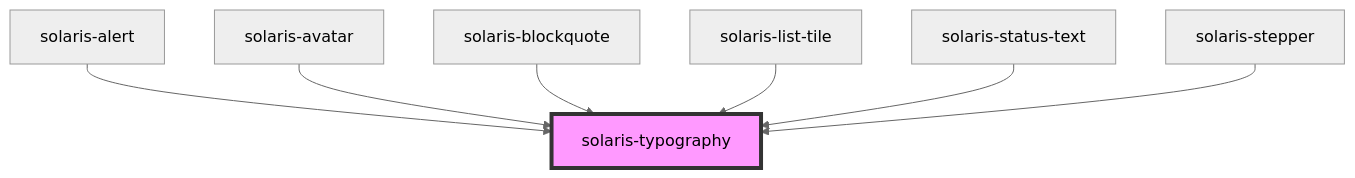
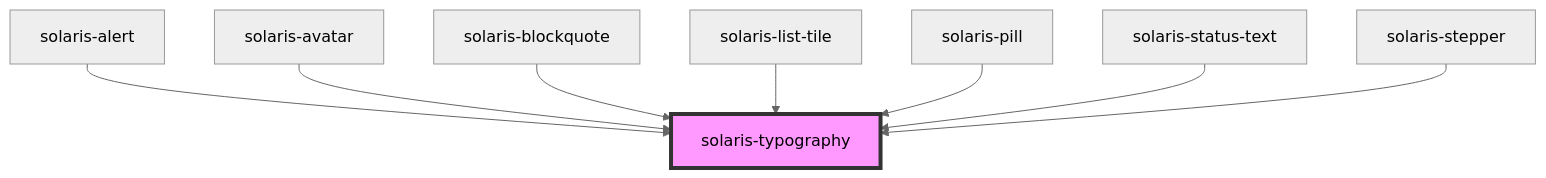
Before and after one commit to Lynxgsm/solaris-design-system: the diagram in packages/solaris-core/src/components/solaris-typography/readme.md, drawn with Mermaid (neutral theme). The commit also changed other lines of this file and 19 other files, not shown here.

````diff
--- a/packages/solaris-core/src/components/solaris-typography/readme.md
+++ b/packages/solaris-core/src/components/solaris-typography/readme.md
@@ -33,10 +35,11 @@
 ```mermaid
 graph TD;
   solaris-alert --> solaris-typography
   solaris-avatar --> solaris-typography
   solaris-blockquote --> solaris-typography
   solaris-list-tile --> solaris-typography
+  solaris-pill --> solaris-typography
   solaris-status-text --> solaris-typography
   solaris-stepper --> solaris-typography
   style solaris-typography fill:#f9f,stroke:#333,stroke-width:4px
 ```
````
